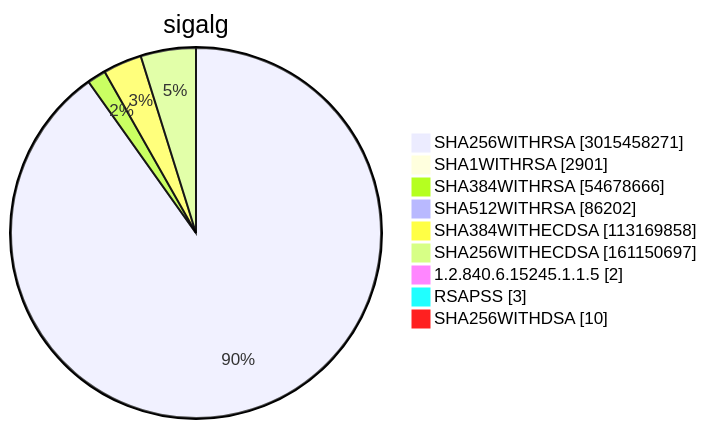
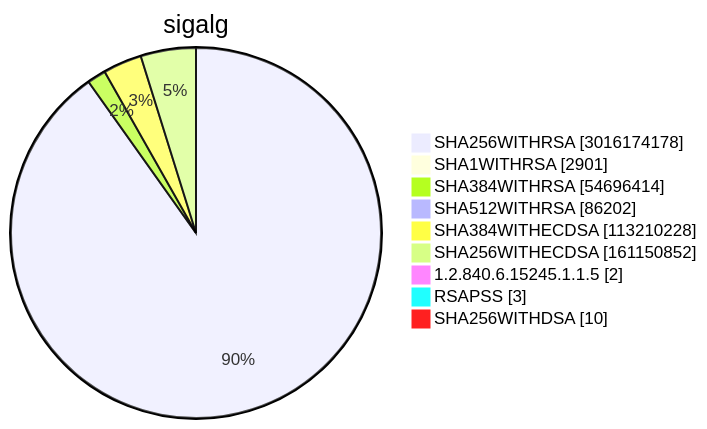
One commit to christiankrug/ctmonitor_visualization changed diagram 15 of 15 in TOTAL/README.md. Above: the diagram before and after it, drawn with Mermaid. The commit also changed other lines of this file, not shown here.

````diff
--- a/TOTAL/README.md
+++ b/TOTAL/README.md
@@ -6208,13 +6208,13 @@
 ```mermaid
 pie showData
 title sigalg
-"SHA256WITHRSA" :3015458271
+"SHA256WITHRSA" :3016174178
 "SHA1WITHRSA" :2901
-"SHA384WITHRSA" :54678666
+"SHA384WITHRSA" :54696414
 "SHA512WITHRSA" :86202
-"SHA384WITHECDSA" :113169858
-"SHA256WITHECDSA" :161150697
+"SHA384WITHECDSA" :113210228
+"SHA256WITHECDSA" :161150852
 "1.2.840.6.15245.1.1.5" :2
 "RSAPSS" :3
 "SHA256WITHDSA" :10
 ```
````
